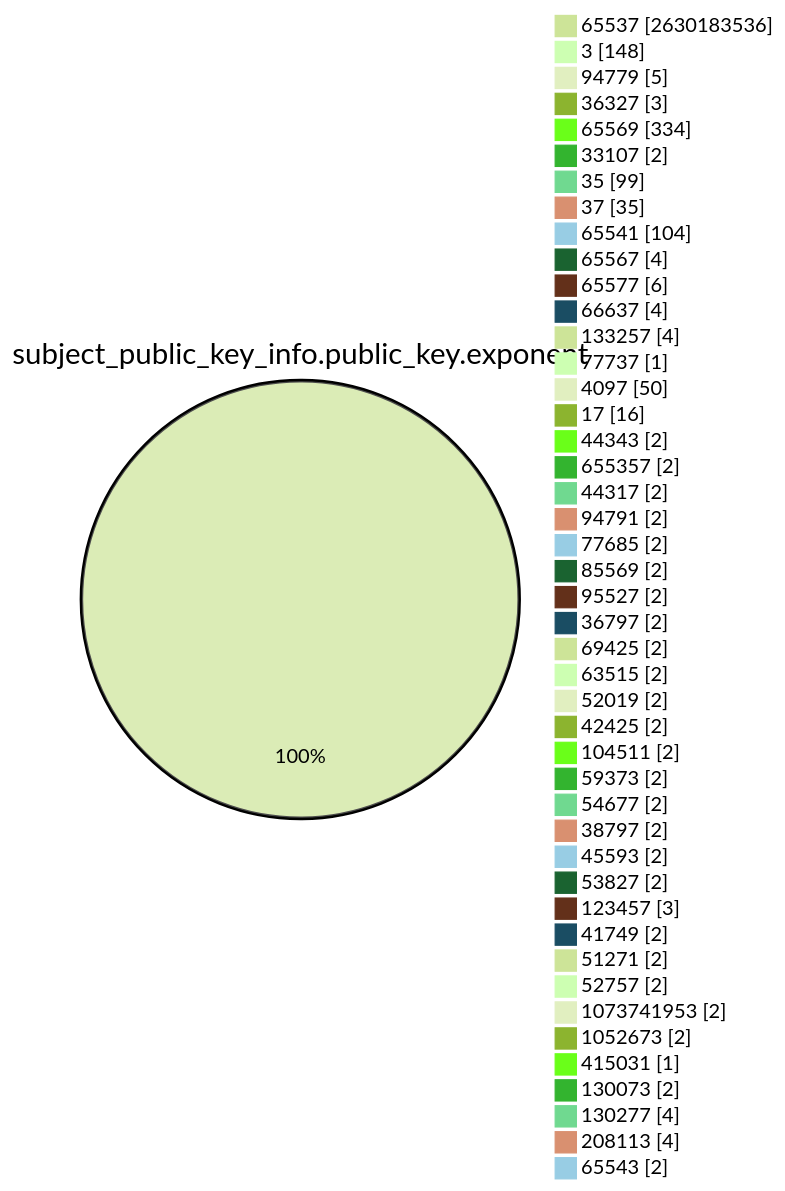
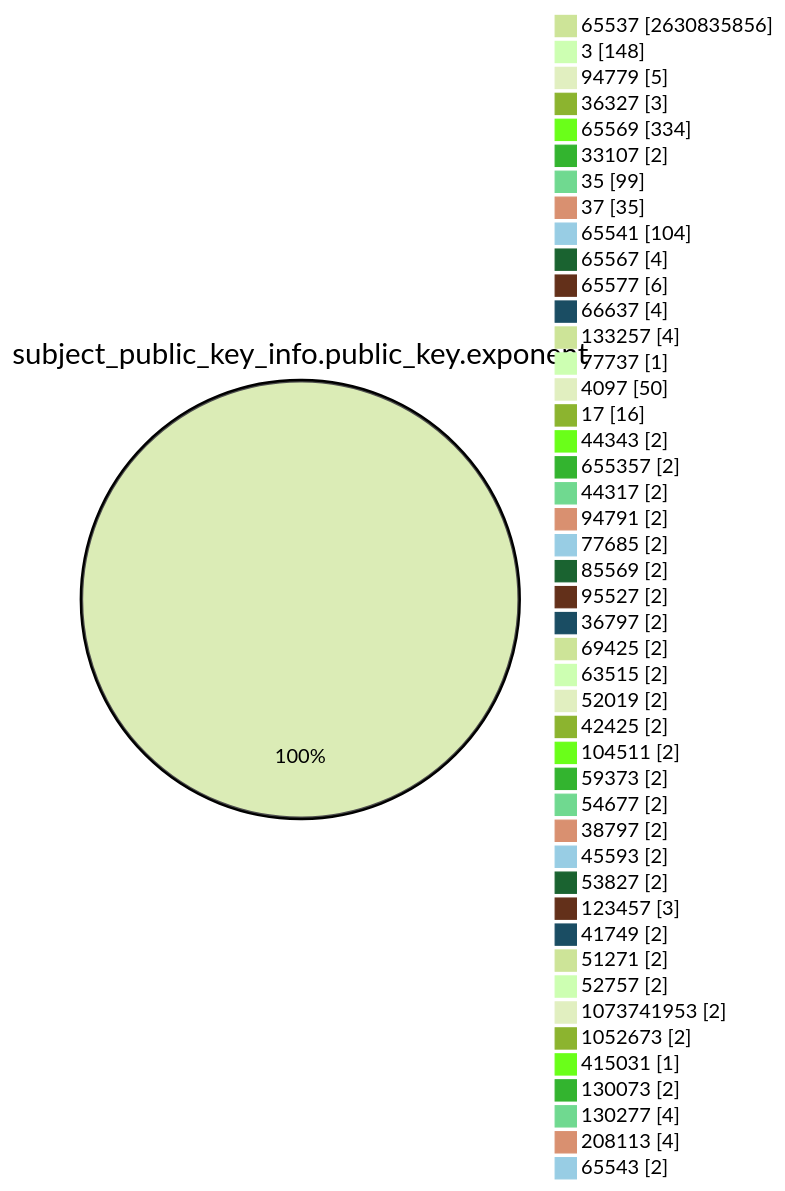
One commit to christiankrug/ctmonitor_visualization changed the fourth of 15 diagrams in TOTAL/README.md. Above: the diagram before and after it, drawn with Mermaid (forest theme). The commit also changed other lines of this file, not shown here.

````diff
--- a/TOTAL/README.md
+++ b/TOTAL/README.md
@@ -1466,49 +1466,49 @@
 ```mermaid
 pie showData
 title subject_public_key_info.public_key.exponent
-"65537" :2630183536
+"65537" :2630835856
 "3" :148
 "94779" :5
 "36327" :3
 "65569" :334
 "33107" :2
 "35" :99
 "37" :35
 "65541" :104
 "65567" :4
 "65577" :6
 "66637" :4
 "133257" :4
 "77737" :1
 "4097" :50
 "17" :16
 "44343" :2
 "655357" :2
 "44317" :2
 "94791" :2
 "77685" :2
 "85569" :2
 "95527" :2
 "36797" :2
 "69425" :2
 "63515" :2
 "52019" :2
 "42425" :2
 "104511" :2
 "59373" :2
 "54677" :2
 "38797" :2
 "45593" :2
 "53827" :2
 "123457" :3
 "41749" :2
 "51271" :2
 "52757" :2
 "1073741953" :2
 "1052673" :2
 "415031" :1
 "130073" :2
 "130277" :4
 "208113" :4
 "65543" :2
 ```
````
